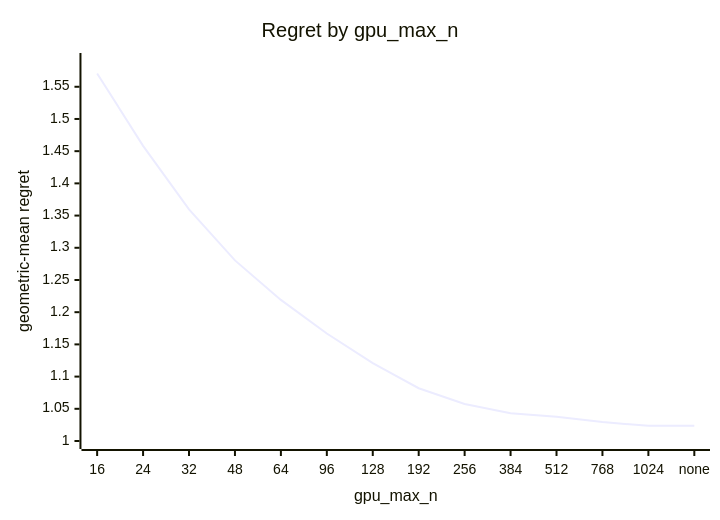
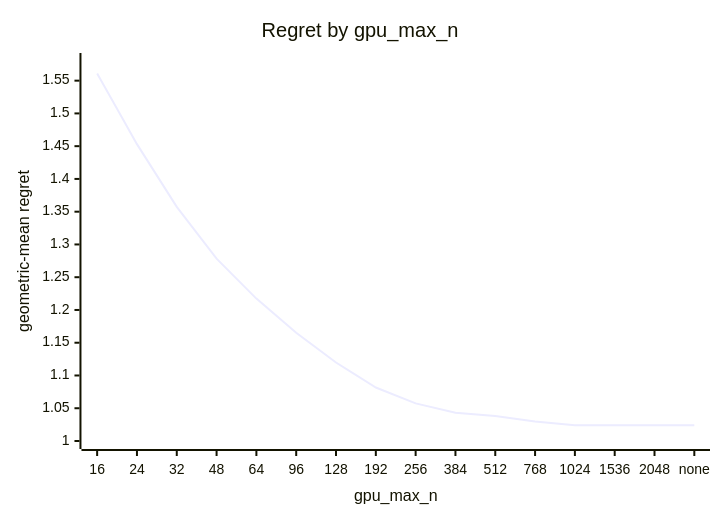
The fifth of 5 diagrams in docs/results/apple-m5-pro-20gpu/combined/eigh/report.md (c0rmac/metal-linalg), drawn with Mermaid before and after one commit. The commit also changed other lines of this file and 7 other files, not shown here.

````diff
--- a/docs/results/apple-m5-pro-20gpu/combined/eigh/report.md
+++ b/docs/results/apple-m5-pro-20gpu/combined/eigh/report.md
@@ -168,7 +172,7 @@
 ```mermaid
 xychart-beta
     title "Regret by gpu_max_n"
-    x-axis "gpu_max_n" [16, 24, 32, 48, 64, 96, 128, 192, 256, 384, 512, 768, 1024, none]
-    y-axis "geometric-mean regret" 1.0 --> 1.59
-    line [1.5706, 1.4583, 1.3595, 1.2804, 1.2191, 1.1669, 1.1209, 1.0819, 1.0574, 1.0430, 1.0378, 1.0294, 1.0236, 1.0236]
+    x-axis "gpu_max_n" [16, 24, 32, 48, 64, 96, 128, 192, 256, 384, 512, 768, 1024, 1536, 2048, none]
+    y-axis "geometric-mean regret" 1.0 --> 1.58
+    line [1.5610, 1.4531, 1.3573, 1.2783, 1.2173, 1.1653, 1.1198, 1.0816, 1.0574, 1.0432, 1.0380, 1.0298, 1.0241, 1.0241, 1.0241, 1.0241]
 ```
````
